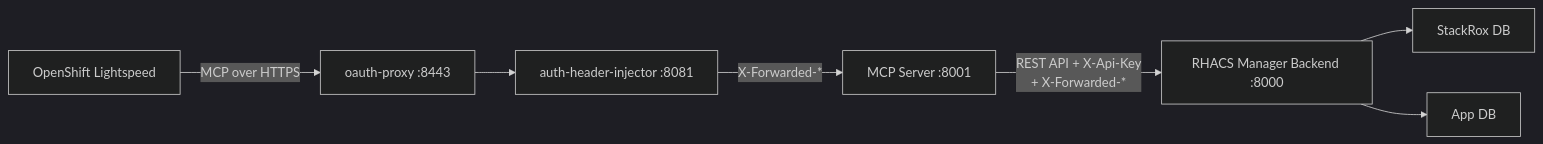
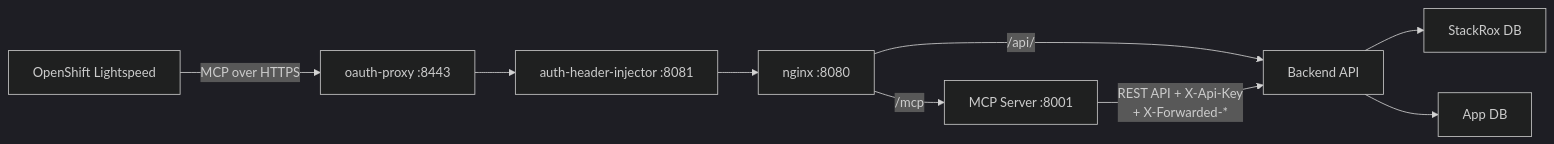
The diagram in docs/mcp-server.md (dadav/rhacs-manager), drawn with Mermaid (dark theme) before and after one commit. The commit also changed other lines of this file and 10 other files, not shown here.

Commit message:
fix: Run mcp server in the frontends

````diff
--- a/docs/mcp-server.md
+++ b/docs/mcp-server.md
@@ -9,9 +11,11 @@
 ```mermaid
 graph LR
     A[OpenShift Lightspeed] -->|MCP over HTTPS| B[oauth-proxy :8443]
     B --> C[auth-header-injector :8081]
-    C -->|"X-Forwarded-*"| D[MCP Server :8001]
-    D -->|"REST API + X-Api-Key<br/>+ X-Forwarded-*"| E[RHACS Manager Backend :8000]
-    E --> F[StackRox DB]
-    E --> G[App DB]
+    C --> D[nginx :8080]
+    D -->|"/mcp"| E[MCP Server :8001]
+    D -->|"/api/"| F[Backend API]
+    E -->|"REST API + X-Api-Key<br/>+ X-Forwarded-*"| F
+    F --> G[StackRox DB]
+    F --> H[App DB]
 ```
````
